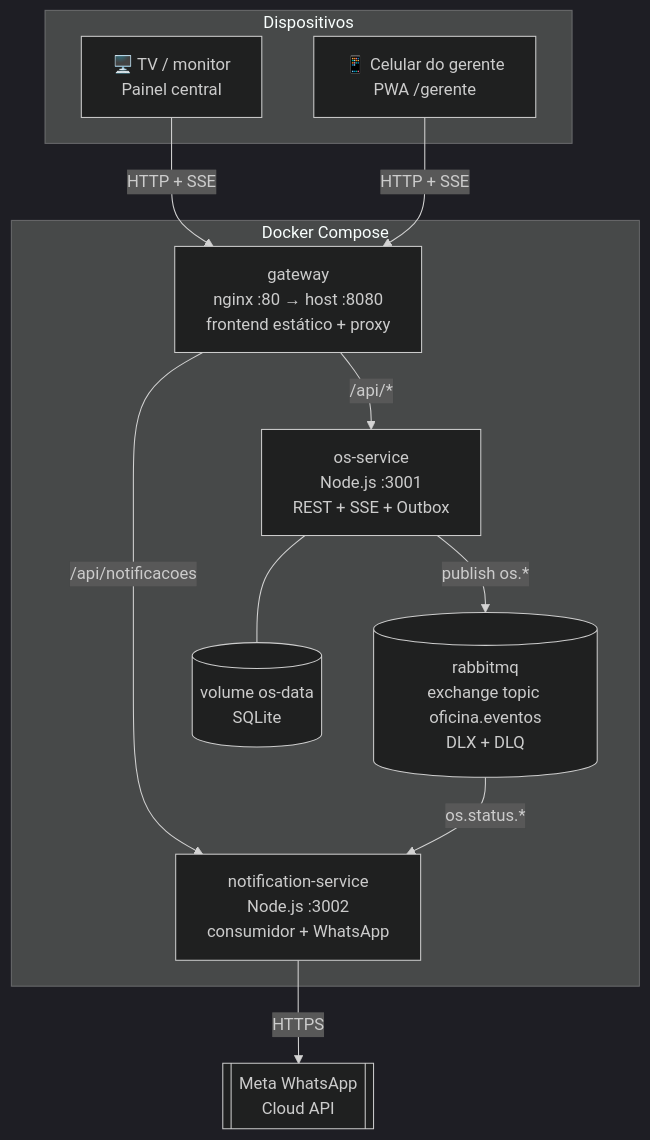
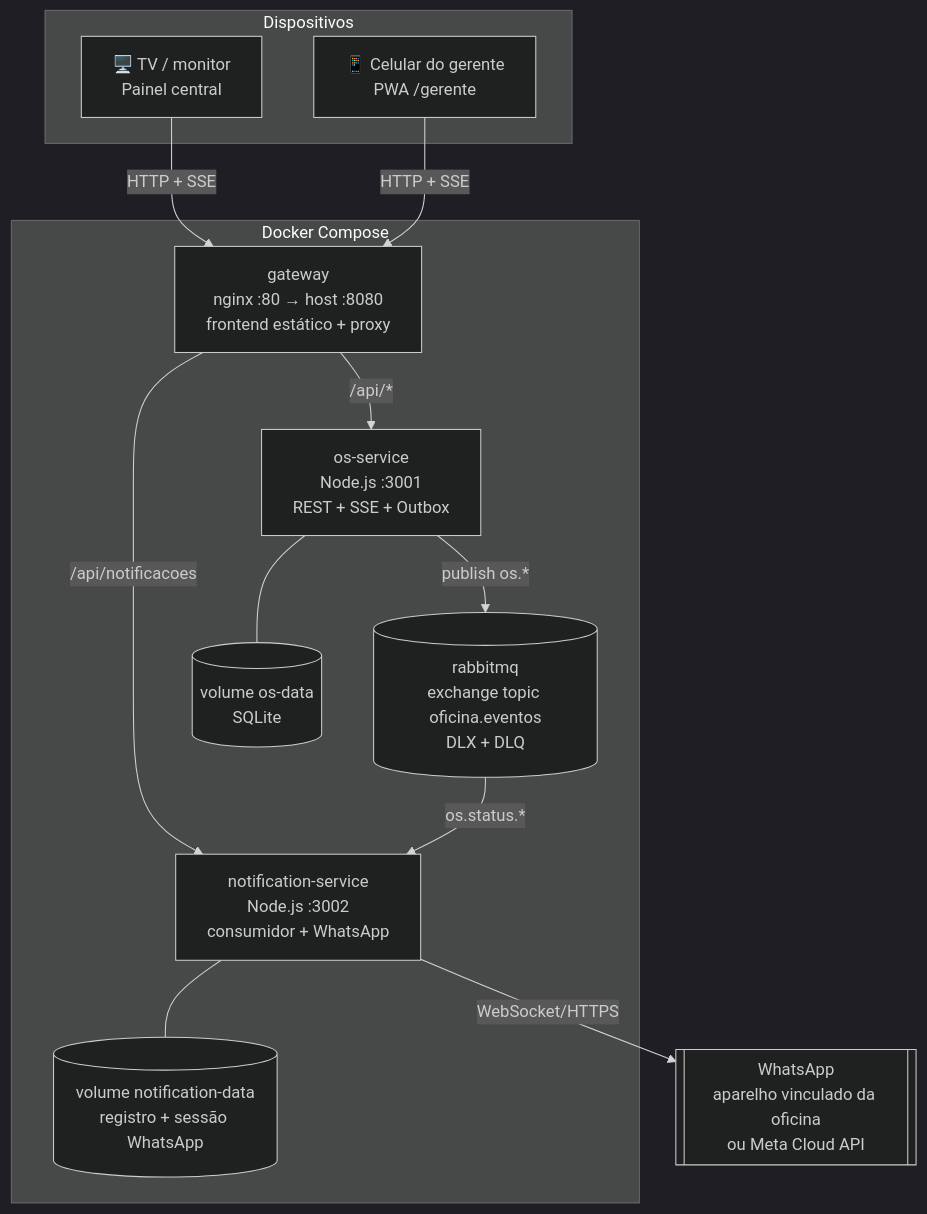
One commit to CarlosAlvesSantosJr/Gest-oDeVeiculos changed the fifth of 5 diagrams in docs/UML.md. Above: the diagram before and after it, drawn with Mermaid (dark theme). The commit also changed other lines of this file and 2 other files, not shown here.

Commit message:
Atualiza documentação: mensageria em destaque, WhatsApp da oficina, acesso pelo celular e testes

````diff
--- a/docs/UML.md
+++ b/docs/UML.md
@@ -189,26 +196,28 @@
 ```mermaid
 flowchart TB
     subgraph Dispositivos
         TV[🖥️ TV / monitor<br/>Painel central]
         CEL[📱 Celular do gerente<br/>PWA /gerente]
     end
 
     subgraph Docker Compose
         GW[gateway<br/>nginx :80 → host :8080<br/>frontend estático + proxy]
         OS[os-service<br/>Node.js :3001<br/>REST + SSE + Outbox]
         NS[notification-service<br/>Node.js :3002<br/>consumidor + WhatsApp]
+        VOL2[(volume notification-data<br/>registro + sessão WhatsApp)]
         MQ[(rabbitmq<br/>exchange topic oficina.eventos<br/>DLX + DLQ)]
         VOL[(volume os-data<br/>SQLite)]
     end
 
-    META[[Meta WhatsApp<br/>Cloud API]]
+    META[[WhatsApp<br/>aparelho vinculado da oficina<br/>ou Meta Cloud API]]
 
     TV -- HTTP + SSE --> GW
     CEL -- HTTP + SSE --> GW
     GW -- /api/* --> OS
     GW -- /api/notificacoes --> NS
     OS --- VOL
     OS -- publish os.* --> MQ
     MQ -- os.status.* --> NS
-    NS -- HTTPS --> META
+    NS --- VOL2
+    NS -- WebSocket/HTTPS --> META
 ```
````
